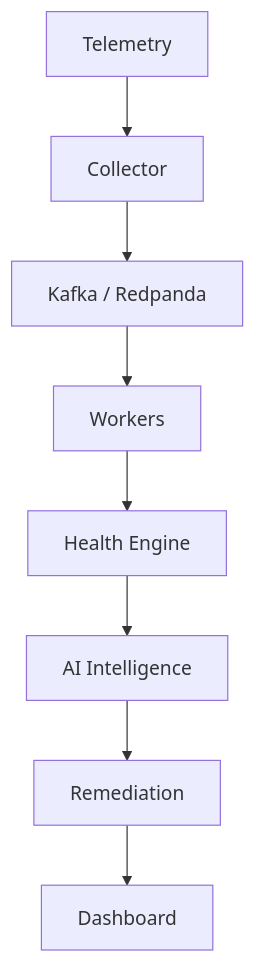
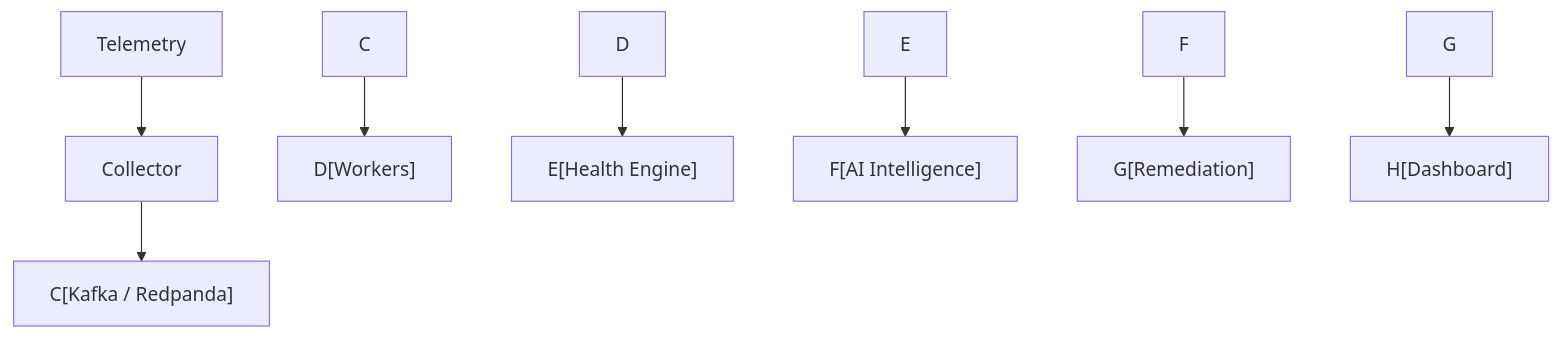
Before and after one commit to frag2win/TelemetryHealth: the third of 4 diagrams in docs/architecture/026_Reference Architecture.md, drawn with Mermaid. The commit also changed other lines of this file and 25 other files, not shown here.

Commit message:
docs: fix strict Mermaid.js parse errors (unsupported inline quoted node IDs)

````diff
--- a/docs/architecture/026_Reference Architecture.md
+++ b/docs/architecture/026_Reference Architecture.md
@@ -143,10 +143,10 @@
 ```mermaid
 graph TD
-    A[Telemetry] --> B[Collector]
-    B --> C[Kafka / Redpanda]
-    C --> D[Workers]
-    D --> E[Health Engine]
-    E --> F[AI Intelligence]
-    F --> G[Remediation]
-    G --> H[Dashboard]
+A[Telemetry] --> B[Collector]
+    B --> N1["C[Kafka / Redpanda]"]
+    C --> N2["D[Workers]"]
+    D --> N3["E[Health Engine]"]
+    E --> N4["F[AI Intelligence]"]
+    F --> N5["G[Remediation]"]
+    G --> N6["H[Dashboard]"]
 ```
````
